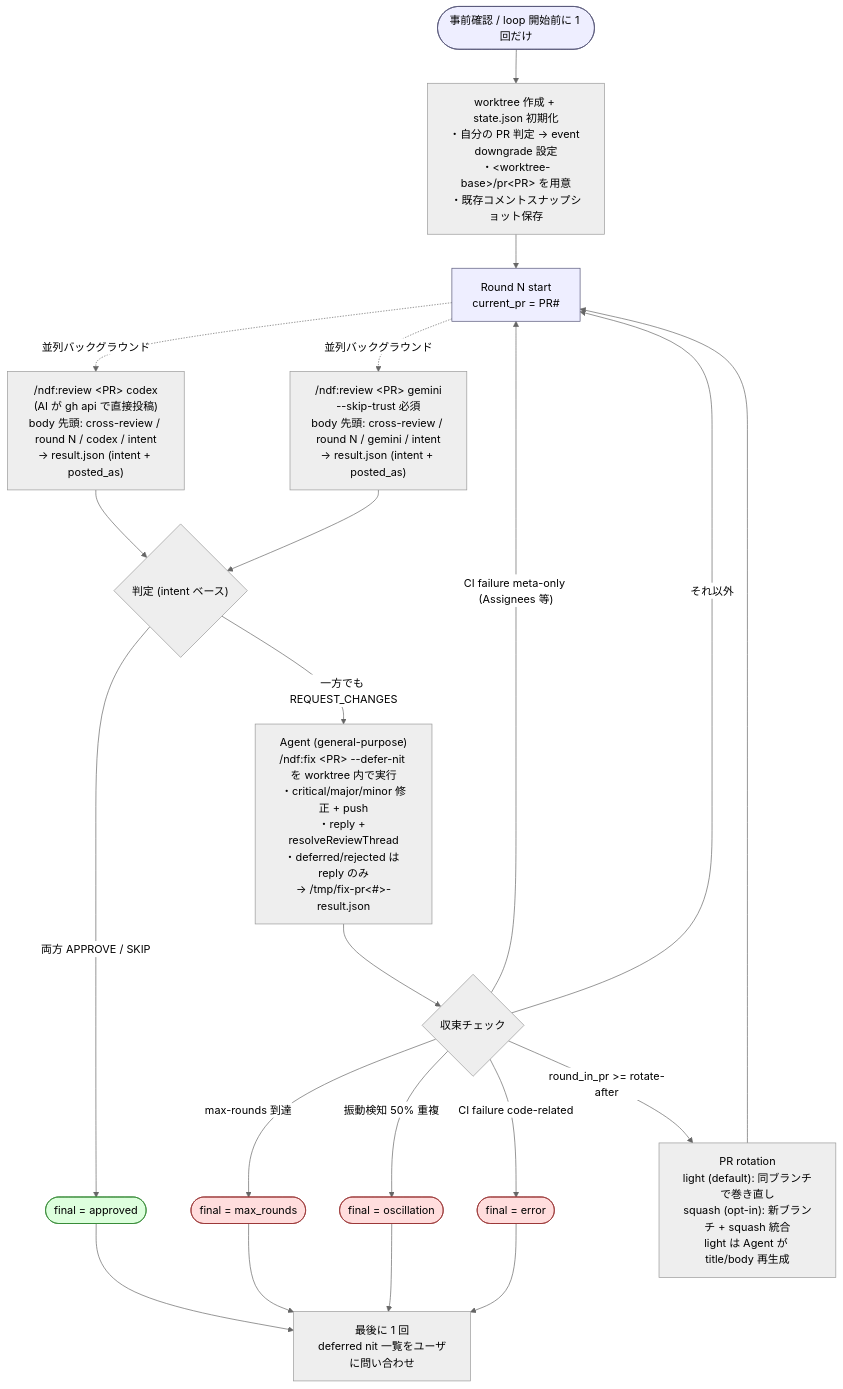
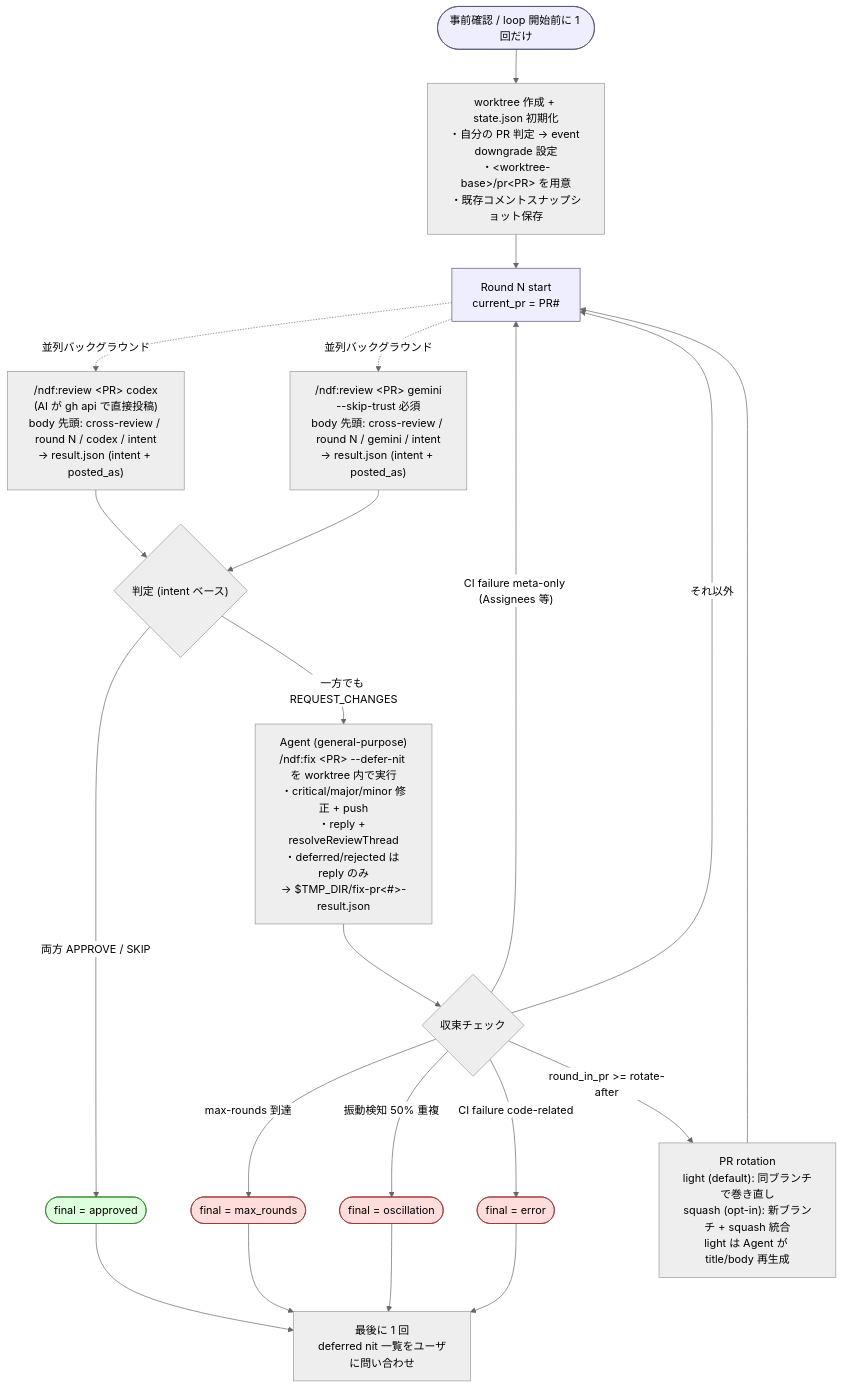
One commit to devbasex/ai-plugins changed the diagram in plugins/ndf/skills/cross-review/SKILL.md. Above: the diagram before and after it, drawn with Mermaid (neutral theme). The commit also changed other lines of this file and 10 other files, not shown here.

````diff
--- a/plugins/ndf/skills/cross-review/SKILL.md
+++ b/plugins/ndf/skills/cross-review/SKILL.md
@@ -117,32 +117,32 @@
 ```mermaid
 flowchart TD
     Start([事前確認 / loop 開始前に 1 回だけ]):::phase --> Init["worktree 作成 + state.json 初期化<br/>・自分の PR 判定 → event downgrade 設定<br/>・&lt;worktree-base&gt;/pr&lt;PR&gt; を用意<br/>・既存コメントスナップショット保存"]
     Init --> Round["Round N start<br/>current_pr = PR#"]:::phase
 
     Round -.並列バックグラウンド.-> Codex["/ndf:review &lt;PR&gt; codex<br/>(AI が gh api で直接投稿)<br/>body 先頭: cross-review / round N / codex / intent<br/>→ result.json (intent + posted_as)"]
     Round -.並列バックグラウンド.-> Gemini["/ndf:review &lt;PR&gt; gemini<br/>--skip-trust 必須<br/>body 先頭: cross-review / round N / gemini / intent<br/>→ result.json (intent + posted_as)"]
 
     Codex --> Decide{"判定 (intent ベース)"}
     Gemini --> Decide
 
     Decide -->|両方 APPROVE / SKIP| Approved([final = approved]):::ok
-    Decide -->|一方でも REQUEST_CHANGES| Fix["Agent (general-purpose)<br/>/ndf:fix &lt;PR&gt; --defer-nit を worktree 内で実行<br/>・critical/major/minor 修正 + push<br/>・reply + resolveReviewThread<br/>・deferred/rejected は reply のみ<br/>→ /tmp/fix-pr&lt;#&gt;-result.json"]
+    Decide -->|一方でも REQUEST_CHANGES| Fix["Agent (general-purpose)<br/>/ndf:fix &lt;PR&gt; --defer-nit を worktree 内で実行<br/>・critical/major/minor 修正 + push<br/>・reply + resolveReviewThread<br/>・deferred/rejected は reply のみ<br/>→ $TMP_DIR/fix-pr&lt;#&gt;-result.json"]
 
     Fix --> Check{収束チェック}
     Check -->|max-rounds 到達| MaxR([final = max_rounds]):::stop
     Check -->|振動検知 50% 重複| Osc([final = oscillation]):::stop
     Check -->|CI failure code-related| Err([final = error]):::stop
     Check -->|"CI failure meta-only (Assignees 等)"| Round
     Check -->|round_in_pr >= rotate-after| Rotate["PR rotation<br/>light (default): 同ブランチで巻き直し<br/>squash (opt-in): 新ブランチ + squash 統合<br/>light は Agent が title/body 再生成"]
     Check -->|それ以外| Round
     Rotate --> Round
 
     Approved --> Nit[最後に 1 回<br/>deferred nit 一覧をユーザに問い合わせ]
     MaxR --> Nit
     Osc --> Nit
     Err --> Nit
 
     classDef phase fill:#eef,stroke:#557
     classDef ok fill:#dfd,stroke:#383
     classDef stop fill:#fdd,stroke:#933
 ```
````
